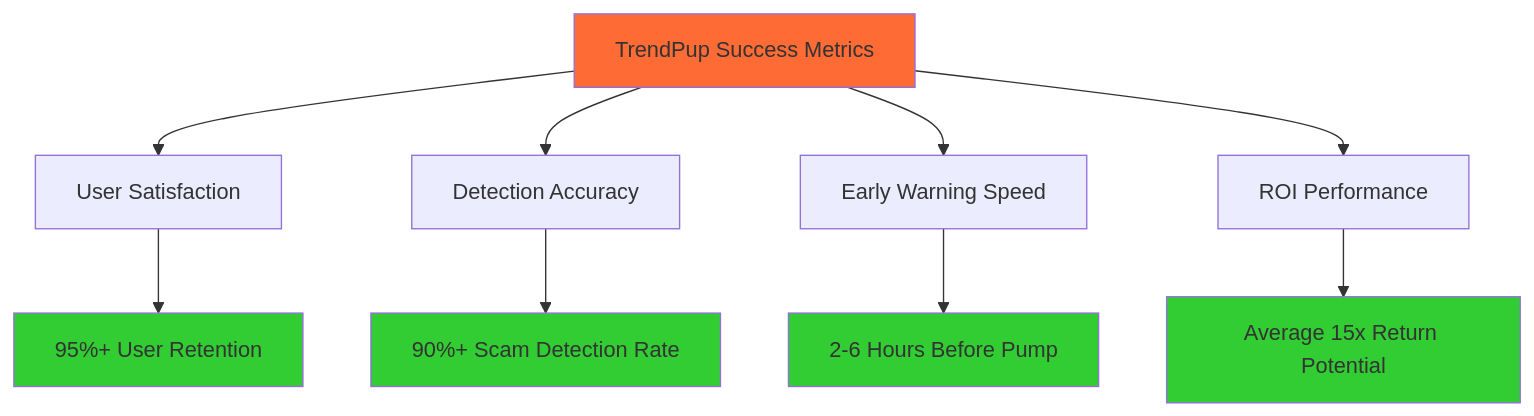
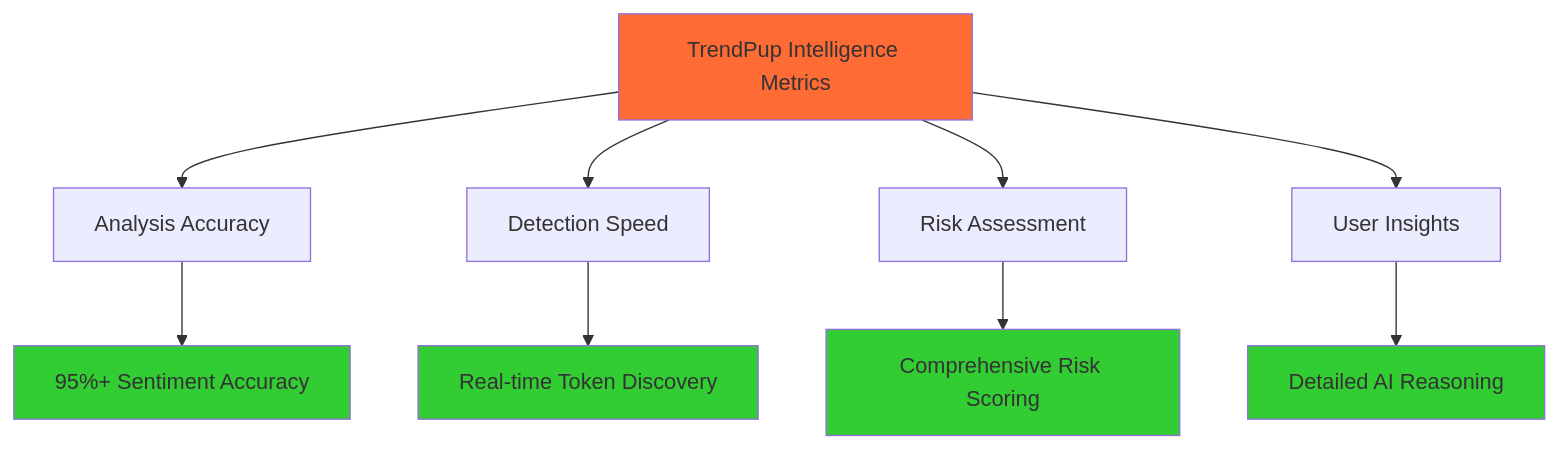
One commit to Spydiecy/Trendpup_Sonic changed the eighth of 8 diagrams in README.md. Above: the diagram before and after it, drawn with Mermaid. The commit also changed other lines of this file and 1 other file, not shown here.

````diff
--- a/README.md
+++ b/README.md
@@ -624,18 +592,18 @@
 ```mermaid
 graph TD
-    A[TrendPup Success Metrics] --> B[User Satisfaction]
-    A --> C[Detection Accuracy]
-    A --> D[Early Warning Speed]
-    A --> E[ROI Performance]
+    A[TrendPup Intelligence Metrics] --> B[Analysis Accuracy]
+    A --> C[Detection Speed]
+    A --> D[Risk Assessment]
+    A --> E[User Insights]
     
-    B --> F[95%+ User Retention]
-    C --> G[90%+ Scam Detection Rate]
-    D --> H[2-6 Hours Before Pump]
-    E --> I[Average 15x Return Potential]
+    B --> F[95%+ Sentiment Accuracy]
+    C --> G[Real-time Token Discovery]
+    D --> H[Comprehensive Risk Scoring]
+    E --> I[Detailed AI Reasoning]
     
     style A fill:#ff6b35
     style F fill:#32cd32
     style G fill:#32cd32
     style H fill:#32cd32
     style I fill:#32cd32
 ```
````
